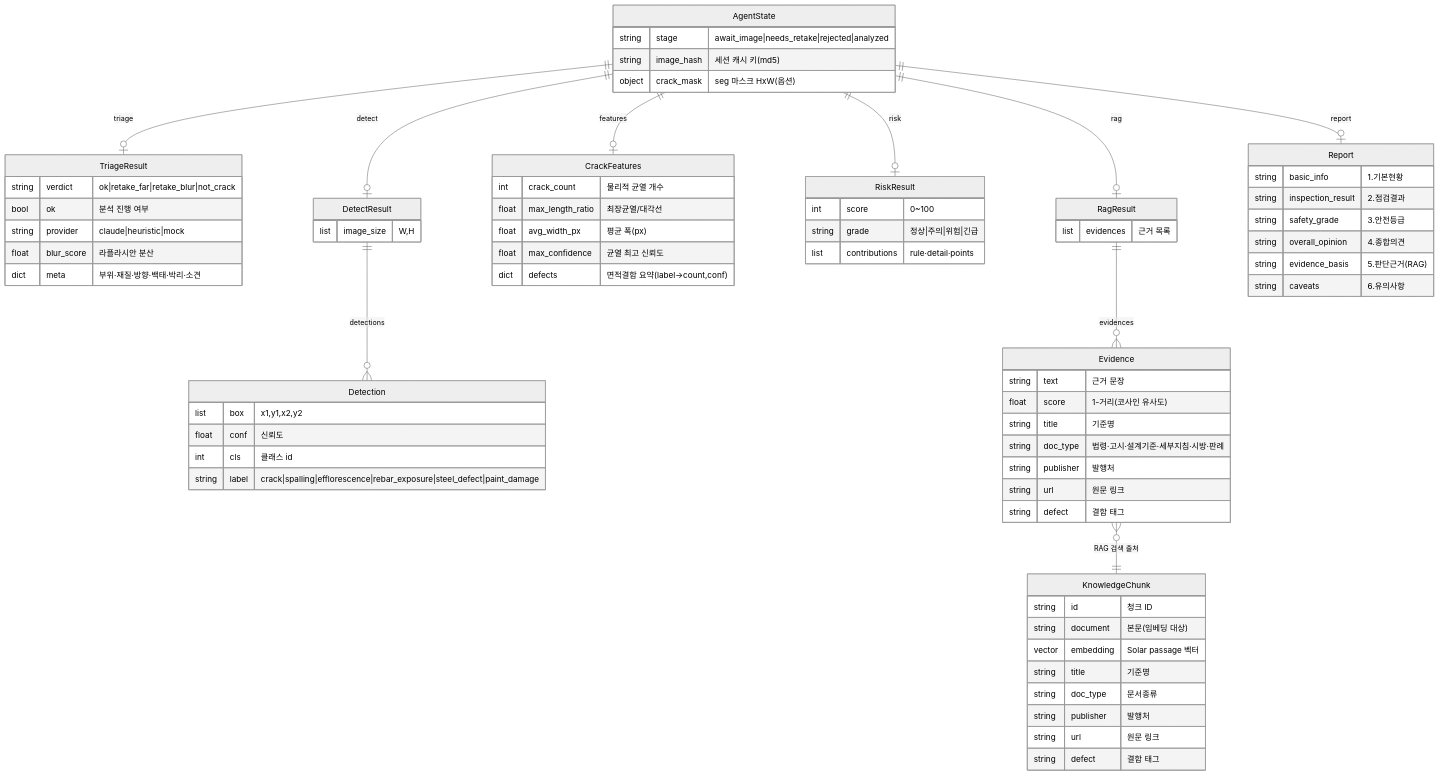
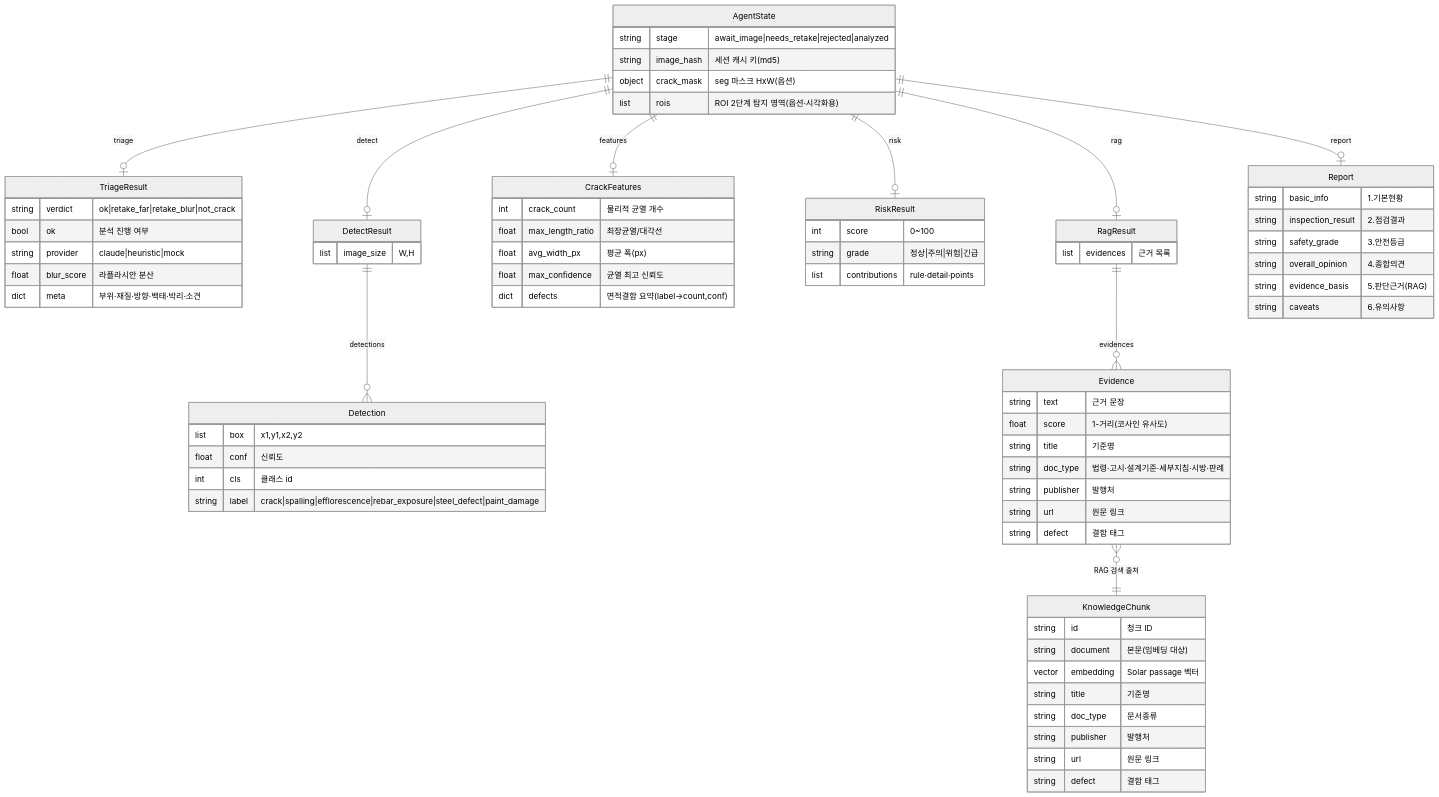
One commit to LeeHome2/AI_crack_detection changed the diagram in diagrams/ERD.mmd. Above: the diagram before and after it, drawn with Mermaid (neutral theme). The commit also changed 7 other files, not shown here.

```diff
--- a/diagrams/ERD.mmd
+++ b/diagrams/ERD.mmd
@@ -1,74 +1,75 @@
 erDiagram
   AgentState ||--o| TriageResult : "triage"
   AgentState ||--o| DetectResult : "detect"
   AgentState ||--o| CrackFeatures : "features"
   AgentState ||--o| RiskResult : "risk"
   AgentState ||--o| RagResult : "rag"
   AgentState ||--o| Report : "report"
   DetectResult ||--o{ Detection : "detections"
   RagResult ||--o{ Evidence : "evidences"
   Evidence }o--|| KnowledgeChunk : "RAG 검색 출처"
 
   AgentState {
     string stage "await_image|needs_retake|rejected|analyzed"
     string image_hash "세션 캐시 키(md5)"
     object crack_mask "seg 마스크 HxW(옵션)"
+    list rois "ROI 2단계 탐지 영역(옵션·시각화용)"
   }
   TriageResult {
     string verdict "ok|retake_far|retake_blur|not_crack"
     bool ok "분석 진행 여부"
     string provider "claude|heuristic|mock"
     float blur_score "라플라시안 분산"
     dict meta "부위·재질·방향·백태·박리·소견"
   }
   DetectResult {
     list image_size "W,H"
   }
   Detection {
     list box "x1,y1,x2,y2"
     float conf "신뢰도"
     int cls "클래스 id"
     string label "crack|spalling|efflorescence|rebar_exposure|steel_defect|paint_damage"
   }
   CrackFeatures {
     int crack_count "물리적 균열 개수"
     float max_length_ratio "최장균열/대각선"
     float avg_width_px "평균 폭(px)"
     float max_confidence "균열 최고 신뢰도"
     dict defects "면적결함 요약(label→count,conf)"
   }
   RiskResult {
     int score "0~100"
     string grade "정상|주의|위험|긴급"
     list contributions "rule·detail·points"
   }
   RagResult {
     list evidences "근거 목록"
   }
   Evidence {
     string text "근거 문장"
     float score "1-거리(코사인 유사도)"
     string title "기준명"
     string doc_type "법령·고시·설계기준·세부지침·시방·판례"
     string publisher "발행처"
     string url "원문 링크"
     string defect "결함 태그"
   }
   Report {
     string basic_info "1.기본현황"
     string inspection_result "2.점검결과"
     string safety_grade "3.안전등급"
     string overall_opinion "4.종합의견"
     string evidence_basis "5.판단근거(RAG)"
     string caveats "6.유의사항"
   }
   KnowledgeChunk {
     string id "청크 ID"
     string document "본문(임베딩 대상)"
     vector embedding "Solar passage 벡터"
     string title "기준명"
     string doc_type "문서종류"
     string publisher "발행처"
     string url "원문 링크"
     string defect "결함 태그"
   }
```
